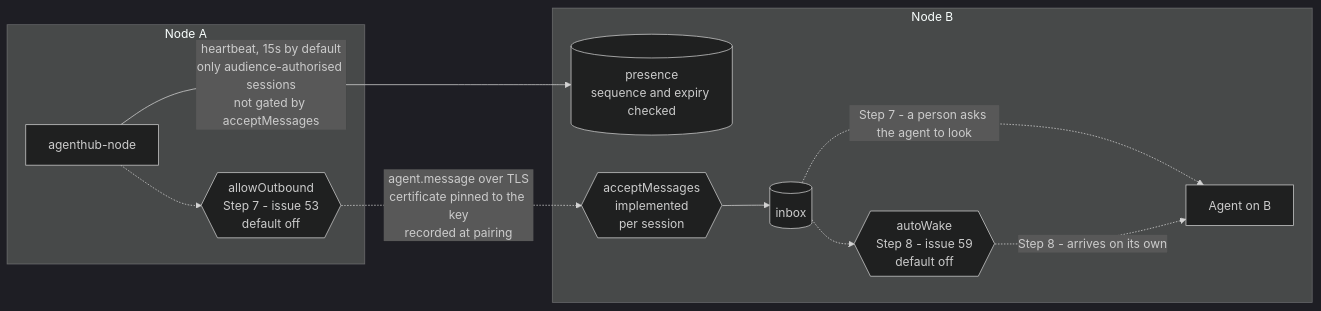
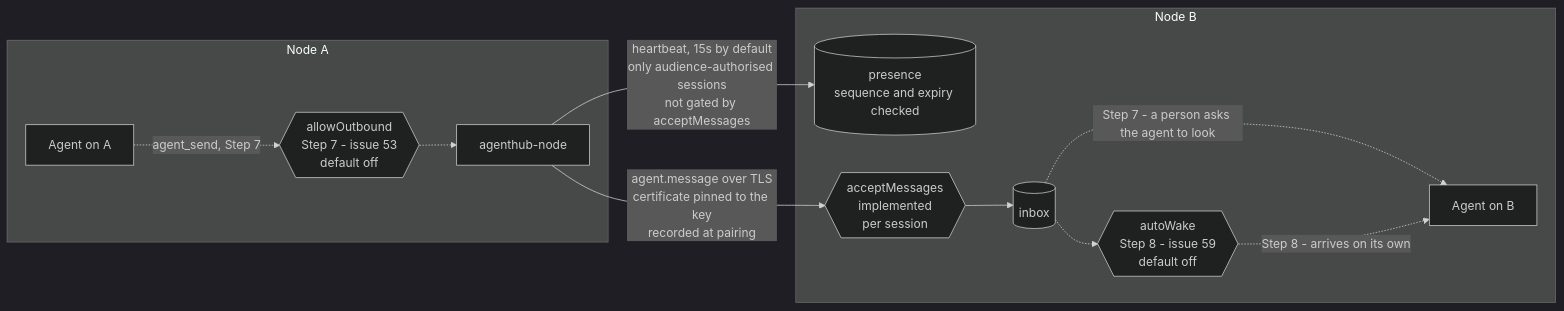
One commit to SheldonChangL/agenthub changed the second of 2 diagrams in docs/architecture.md. Above: the diagram before and after it, drawn with Mermaid (dark theme). The commit also changed other lines of this file and 4 other files, not shown here.

````diff
--- a/docs/architecture.md
+++ b/docs/architecture.md
@@ -58,23 +58,25 @@
 ```mermaid
 flowchart LR
     subgraph A["Node A"]
+        AgentA[Agent on A]
+        OutA{{"allowOutbound<br/>Step 7 - issue 53<br/>default off"}}
         NodeA[agenthub-node]
-        OutA{{"allowOutbound<br/>Step 7 - issue 53<br/>default off"}}
     end
 
     subgraph B["Node B"]
         PresB[("presence<br/>sequence and expiry checked")]
         InB{{"acceptMessages<br/>implemented<br/>per session"}}
         InboxB[("inbox")]
         WakeB{{"autoWake<br/>Step 8 - issue 59<br/>default off"}}
         AgentB[Agent on B]
     end
 
     NodeA -- "heartbeat, 15s by default<br/>only audience-authorised sessions<br/>not gated by acceptMessages" --> PresB
-    NodeA -.-> OutA
-    OutA -. "agent.message over TLS<br/>certificate pinned to the key<br/>recorded at pairing" .-> InB
+    AgentA -. "agent_send, Step 7" .-> OutA
+    OutA -.-> NodeA
+    NodeA -- "agent.message over TLS<br/>certificate pinned to the key<br/>recorded at pairing" --> InB
     InB --> InboxB
     InboxB -. "Step 7 - a person asks the agent to look" .-> AgentB
     InboxB -.-> WakeB
     WakeB -. "Step 8 - arrives on its own" .-> AgentB
 ```
````
